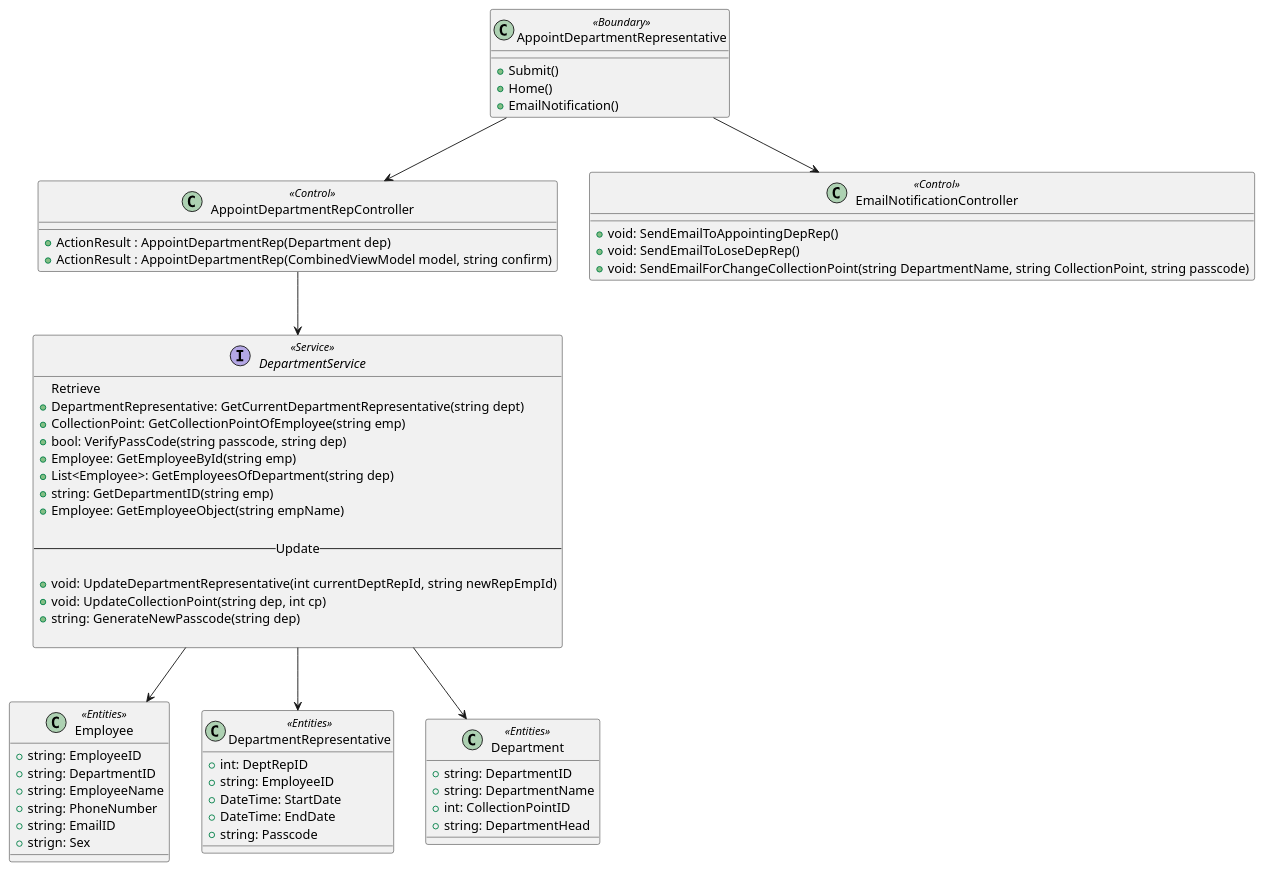
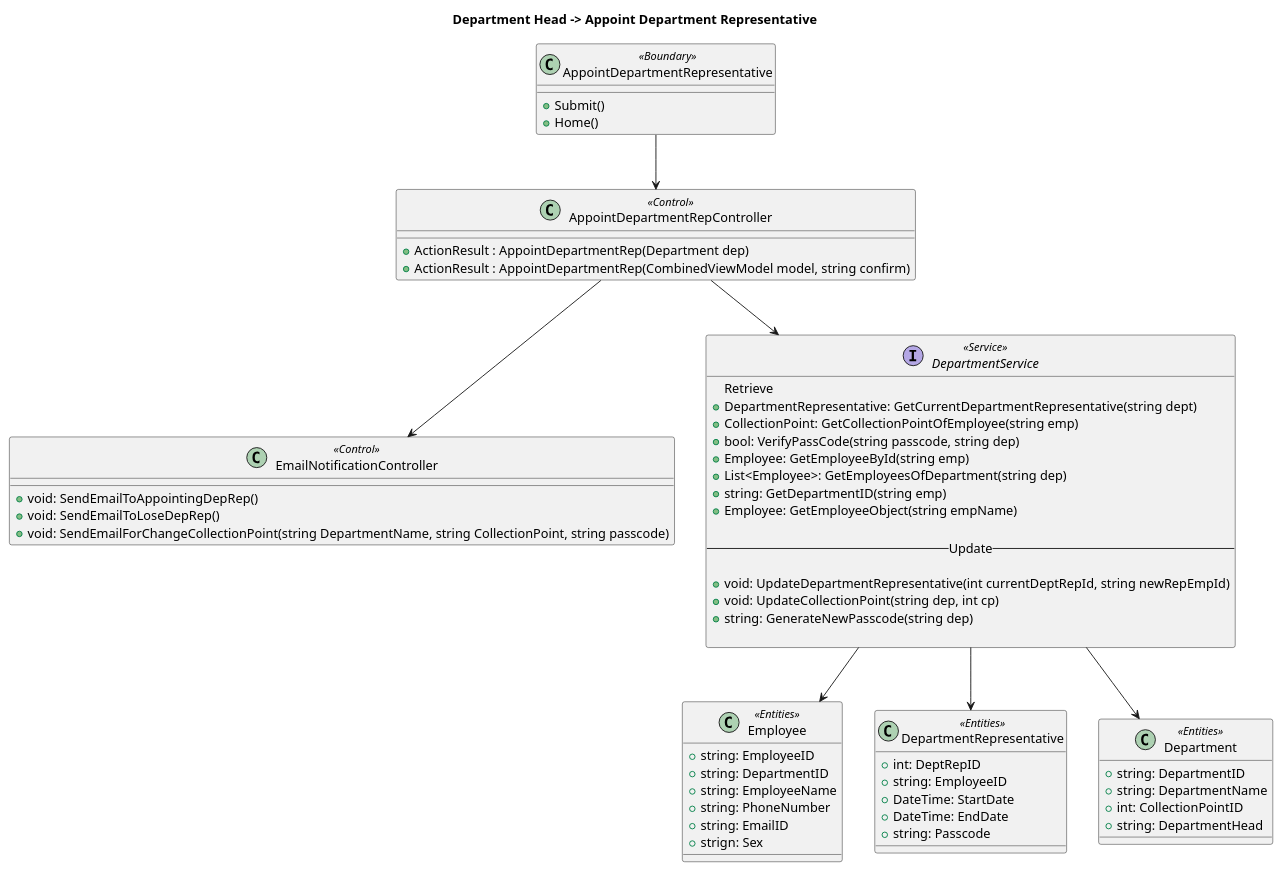
The diagram in AppointDepartmentRepresentative_UseCase.wsd (SA46Team5a/AD---ClassAndSequenceDiagram), drawn with PlantUML before and after one commit. The commit also changed 33 other files, not shown here.

Commit message:
added titles, requisitionPackage sequence diagram

```diff
--- a/AppointDepartmentRepresentative_UseCase.wsd
+++ b/AppointDepartmentRepresentative_UseCase.wsd
@@ -1,75 +1,75 @@
 @startuml
+title "Department Head -> Appoint Department Representative"
 
 Class AppointDepartmentRepresentative <<Boundary>>{
     +Submit()
     +Home()
-    +EmailNotification()
 }
 
 Class AppointDepartmentRepController <<Control>> {
     
     +ActionResult : AppointDepartmentRep(Department dep)
     +ActionResult : AppointDepartmentRep(CombinedViewModel model, string confirm)
 
 }
 
 Class EmailNotificationController <<Control>> {
    
     +void: SendEmailToAppointingDepRep()
     +void: SendEmailToLoseDepRep()    
     +void: SendEmailForChangeCollectionPoint(string DepartmentName, string CollectionPoint, string passcode)
       
 }
 
 Interface DepartmentService <<Service>>{
     --Retrieve--   
     +DepartmentRepresentative: GetCurrentDepartmentRepresentative(string dept)
     +CollectionPoint: GetCollectionPointOfEmployee(string emp)
     +bool: VerifyPassCode(string passcode, string dep)
     +Employee: GetEmployeeById(string emp)
     +List<Employee>: GetEmployeesOfDepartment(string dep)
     +string: GetDepartmentID(string emp)
     +Employee: GetEmployeeObject(string empName)
 
     --Update--
    
     +void: UpdateDepartmentRepresentative(int currentDeptRepId, string newRepEmpId)
     +void: UpdateCollectionPoint(string dep, int cp)
     +string: GenerateNewPasscode(string dep)
 
 }
 
 Class Employee <<Entities>> {
 +string: EmployeeID
 +string: DepartmentID
 +string: EmployeeName
 +string: PhoneNumber
 +string: EmailID
 +strign: Sex
 }
 
 Class DepartmentRepresentative <<Entities>> {
 +int: DeptRepID
 +string: EmployeeID
 +DateTime: StartDate
 +DateTime: EndDate
 +string: Passcode
 }
 
 Class Department <<Entities>> {
 +string: DepartmentID
 +string: DepartmentName
 +int: CollectionPointID
 +string: DepartmentHead
 }
 
 AppointDepartmentRepresentative --> AppointDepartmentRepController
-AppointDepartmentRepresentative --> EmailNotificationController
+AppointDepartmentRepController --> EmailNotificationController
 AppointDepartmentRepController --> DepartmentService
 DepartmentService --> Employee
 DepartmentService --> DepartmentRepresentative
 DepartmentService --> Department
 
 
 
 @enduml
```
